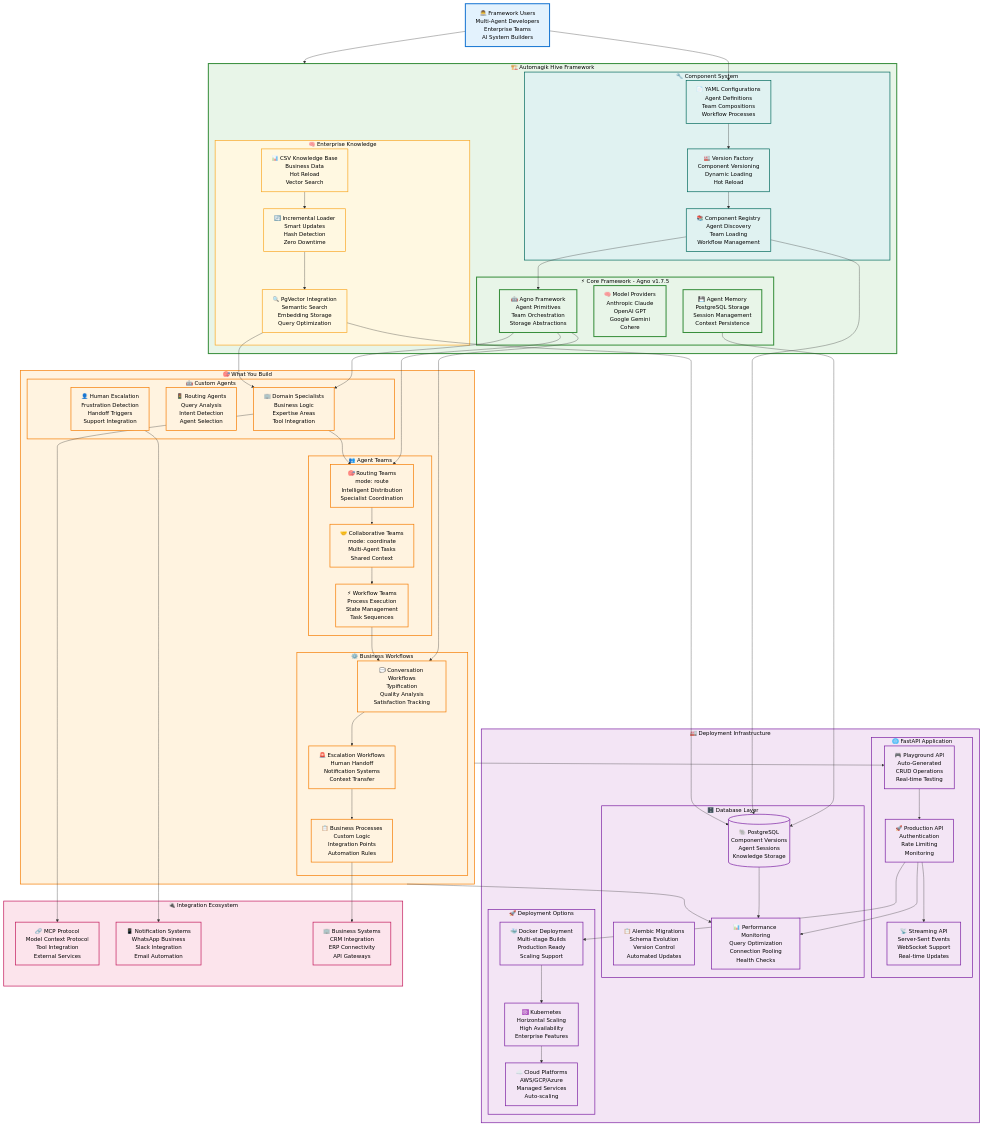
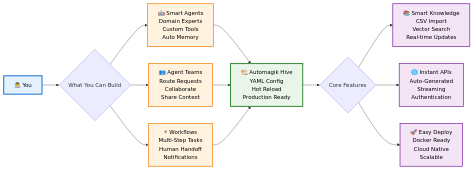
One commit to namastexlabs/automagik-hive changed the diagram in README.md. Above: the diagram before and after it, drawn with Mermaid. The commit also changed other lines of this file, not shown here.

Commit message:
docs: simplify architecture diagram and add visual feature showcase
Replace overly complex technical diagram with simple user-focused flow:
- Shows what YOU can build (agents, teams, workflows)
- Clear feature benefits (memory, knowledge, APIs, deployment)
- Visual flow from user to framework to features

Add comprehensive "What You Can Build" section with:
- Smart Agents: YAML config, memory, knowledge, tools
- Agent Teams: Smart routing, collaboration, workflows
- Business Workflows: Auto escalation, notifications, custom logic
- Instant APIs: Auto-generated endpoints, streaming, auth
- Smart Knowledge: CSV import, vector search, hot reload

Each section includes practical code examples and clear benefits.
Much more accessible for developers to understand the value proposition.

````diff
--- a/README.md
+++ b/README.md
@@ -36,144 +36,32 @@
 ```mermaid
-graph TB
-    %% Developer Starting Point
-    Developer[👨‍💻 Framework Users<br/>Multi-Agent Developers<br/>Enterprise Teams<br/>AI System Builders] --> Framework
+graph LR
+    %% What You Can Build
+    You[👨‍💻 You] --> Build{What You Can Build}
     
-    %% Core Framework - Automagik Hive
-    subgraph Framework[🏗️ Automagik Hive Framework]
-        subgraph Core[⚡ Core Framework - Agno v1.7.5]
-            AgnoCore[🤖 Agno Framework<br/>Agent Primitives<br/>Team Orchestration<br/>Storage Abstractions]
-            ModelProviders[🧠 Model Providers<br/>Anthropic Claude<br/>OpenAI GPT<br/>Google Gemini<br/>Cohere]
-            AgentMemory[💾 Agent Memory<br/>PostgreSQL Storage<br/>Session Management<br/>Context Persistence]
-        end
-        
-        subgraph ComponentSystem[🔧 Component System]
-            YAMLConfigs[📄 YAML Configurations<br/>Agent Definitions<br/>Team Compositions<br/>Workflow Processes]
-            VersionFactory[🏭 Version Factory<br/>Component Versioning<br/>Dynamic Loading<br/>Hot Reload]
-            ComponentRegistry[📚 Component Registry<br/>Agent Discovery<br/>Team Loading<br/>Workflow Management]
-        end
-        
-        subgraph KnowledgeSystem[🧠 Enterprise Knowledge]
-            CSVKnowledge[📊 CSV Knowledge Base<br/>Business Data<br/>Hot Reload<br/>Vector Search]
-            IncrementalLoader[🔄 Incremental Loader<br/>Smart Updates<br/>Hash Detection<br/>Zero Downtime]
-            VectorDB[🔍 PgVector Integration<br/>Semantic Search<br/>Embedding Storage<br/>Query Optimization]
-        end
-    end
+    %% Simple Options
+    Build --> Agent[🤖 Smart Agents<br/>Domain Experts<br/>Custom Tools<br/>Auto Memory]
+    Build --> Team[👥 Agent Teams<br/>Route Requests<br/>Collaborate<br/>Share Context]
+    Build --> Workflow[⚡ Workflows<br/>Multi-Step Tasks<br/>Human Handoff<br/>Notifications]
     
-    %% What Developers Build With Framework
-    subgraph UserSystems[🎯 What You Build]
-        subgraph Agents[🤖 Custom Agents]
-            DomainAgents[🏢 Domain Specialists<br/>Business Logic<br/>Expertise Areas<br/>Tool Integration]
-            RoutingAgents[🚦 Routing Agents<br/>Query Analysis<br/>Intent Detection<br/>Agent Selection]
-            HumanEscalation[👤 Human Escalation<br/>Frustration Detection<br/>Handoff Triggers<br/>Support Integration]
-        end
-        
-        subgraph Teams[👥 Agent Teams]
-            RoutingTeams[🎯 Routing Teams<br/>mode: route<br/>Intelligent Distribution<br/>Specialist Coordination]
-            CollaborativeTeams[🤝 Collaborative Teams<br/>mode: coordinate<br/>Multi-Agent Tasks<br/>Shared Context]
-            WorkflowTeams[⚡ Workflow Teams<br/>Process Execution<br/>State Management<br/>Task Sequences]
-        end
-        
-        subgraph Workflows[⚙️ Business Workflows]
-            ConversationFlow[💬 Conversation Workflows<br/>Typification<br/>Quality Analysis<br/>Satisfaction Tracking]
-            EscalationFlow[🚨 Escalation Workflows<br/>Human Handoff<br/>Notification Systems<br/>Context Transfer]
-            BusinessProcesses[📋 Business Processes<br/>Custom Logic<br/>Integration Points<br/>Automation Rules]
-        end
-    end
+    %% Powered By
+    Agent --> Framework[🏗️ Automagik Hive<br/>YAML Config<br/>Hot Reload<br/>Production Ready]
+    Team --> Framework
+    Workflow --> Framework
     
-    %% Deployment & Infrastructure
-    subgraph Infrastructure[🏭 Deployment Infrastructure]
-        subgraph API[🌐 FastAPI Application]
-            PlaygroundAPI[🎮 Playground API<br/>Auto-Generated<br/>CRUD Operations<br/>Real-time Testing]
-            ProductionAPI[🚀 Production API<br/>Authentication<br/>Rate Limiting<br/>Monitoring]
-            StreamingAPI[📡 Streaming API<br/>Server-Sent Events<br/>WebSocket Support<br/>Real-time Updates]
-        end
-        
-        subgraph Database[🗄️ Database Layer]
-            PostgresDB[(🐘 PostgreSQL<br/>Component Versions<br/>Agent Sessions<br/>Knowledge Storage)]
-            Migrations[📋 Alembic Migrations<br/>Schema Evolution<br/>Version Control<br/>Automated Updates]
-            Monitoring[📊 Performance Monitoring<br/>Query Optimization<br/>Connection Pooling<br/>Health Checks]
-        end
-        
-        subgraph Deployment[🚀 Deployment Options]
-            DockerDeploy[🐳 Docker Deployment<br/>Multi-stage Builds<br/>Production Ready<br/>Scaling Support]
-            K8sDeploy[☸️ Kubernetes<br/>Horizontal Scaling<br/>High Availability<br/>Enterprise Features]
-            CloudDeploy[☁️ Cloud Platforms<br/>AWS/GCP/Azure<br/>Managed Services<br/>Auto-scaling]
-        end
-    end
-    
-    %% External Integrations
-    subgraph Integrations[🔌 Integration Ecosystem]
-        MCPProtocol[🔗 MCP Protocol<br/>Model Context Protocol<br/>Tool Integration<br/>External Services]
-        NotificationSystems[📱 Notification Systems<br/>WhatsApp Business<br/>Slack Integration<br/>Email Automation]
-        BusinessSystems[🏢 Business Systems<br/>CRM Integration<br/>ERP Connectivity<br/>API Gateways]
-    end
-    
-    %% Framework Flow
-    Developer --> YAMLConfigs
-    YAMLConfigs --> VersionFactory
-    VersionFactory --> ComponentRegistry
-    ComponentRegistry --> AgnoCore
-    
-    %% Component Creation Flow
-    AgnoCore --> DomainAgents
-    AgnoCore --> RoutingTeams
-    AgnoCore --> ConversationFlow
-    
-    %% Knowledge Flow
-    CSVKnowledge --> IncrementalLoader
-    IncrementalLoader --> VectorDB
-    VectorDB --> DomainAgents
-    
-    %% Team Composition
-    DomainAgents --> RoutingTeams
-    RoutingTeams --> CollaborativeTeams
-    CollaborativeTeams --> WorkflowTeams
-    
-    %% Workflow Integration
-    WorkflowTeams --> ConversationFlow
-    ConversationFlow --> EscalationFlow
-    EscalationFlow --> BusinessProcesses
-    
-    %% API Generation
-    UserSystems --> PlaygroundAPI
-    PlaygroundAPI --> ProductionAPI
-    ProductionAPI --> StreamingAPI
-    
-    %% Storage Integration
-    AgentMemory --> PostgresDB
-    ComponentRegistry --> PostgresDB
-    VectorDB --> PostgresDB
-    
-    %% External Connections
-    HumanEscalation --> NotificationSystems
-    BusinessProcesses --> BusinessSystems
-    DomainAgents --> MCPProtocol
-    
-    %% Deployment Flow
-    ProductionAPI --> DockerDeploy
-    DockerDeploy --> K8sDeploy
-    K8sDeploy --> CloudDeploy
-    
-    %% Monitoring Integration
-    PostgresDB --> Monitoring
-    ProductionAPI --> Monitoring
-    UserSystems --> Monitoring
+    %% Features
+    Framework --> Features{Core Features}
+    Features --> Knowledge[📚 Smart Knowledge<br/>CSV Import<br/>Vector Search<br/>Real-time Updates]
+    Features --> API[🌐 Instant APIs<br/>Auto-Generated<br/>Streaming<br/>Authentication]
+    Features --> Deploy[🚀 Easy Deploy<br/>Docker Ready<br/>Cloud Native<br/>Scalable]
     
     %% Styling
-    classDef developer fill:#e3f2fd,stroke:#1976d2,stroke-width:3px,color:#000000
+    classDef you fill:#e3f2fd,stroke:#1976d2,stroke-width:3px,color:#000000
+    classDef build fill:#fff3e0,stroke:#f57c00,stroke-width:2px,color:#000000
     classDef framework fill:#e8f5e8,stroke:#388e3c,stroke-width:3px,color:#000000
-    classDef userSystems fill:#fff3e0,stroke:#f57c00,stroke-width:2px,color:#000000
-    classDef infrastructure fill:#f3e5f5,stroke:#7b1fa2,stroke-width:2px,color:#000000
-    classDef integrations fill:#fce4ec,stroke:#c2185b,stroke-width:2px,color:#000000
-    classDef agno fill:#e1f5fe,stroke:#0277bd,stroke-width:2px,color:#000000
-    classDef components fill:#e0f2f1,stroke:#00695c,stroke-width:2px,color:#000000
-    classDef knowledge fill:#fff8e1,stroke:#f9a825,stroke-width:2px,color:#000000
+    classDef features fill:#f3e5f5,stroke:#7b1fa2,stroke-width:2px,color:#000000
     
-    class Developer developer
-    class Framework,Core,AgnoCore,ModelProviders,AgentMemory framework
-    class ComponentSystem,YAMLConfigs,VersionFactory,ComponentRegistry components
-    class KnowledgeSystem,CSVKnowledge,IncrementalLoader,VectorDB knowledge
-    class UserSystems,Agents,Teams,Workflows,DomainAgents,RoutingAgents,HumanEscalation,RoutingTeams,CollaborativeTeams,WorkflowTeams,ConversationFlow,EscalationFlow,BusinessProcesses userSystems
-    class Infrastructure,API,Database,Deployment,PlaygroundAPI,ProductionAPI,StreamingAPI,PostgresDB,Migrations,Monitoring,DockerDeploy,K8sDeploy,CloudDeploy infrastructure
-    class Integrations,MCPProtocol,NotificationSystems,BusinessSystems integrations
+    class You you
+    class Agent,Team,Workflow build
+    class Framework framework
+    class Knowledge,API,Deploy features
 ```
````
